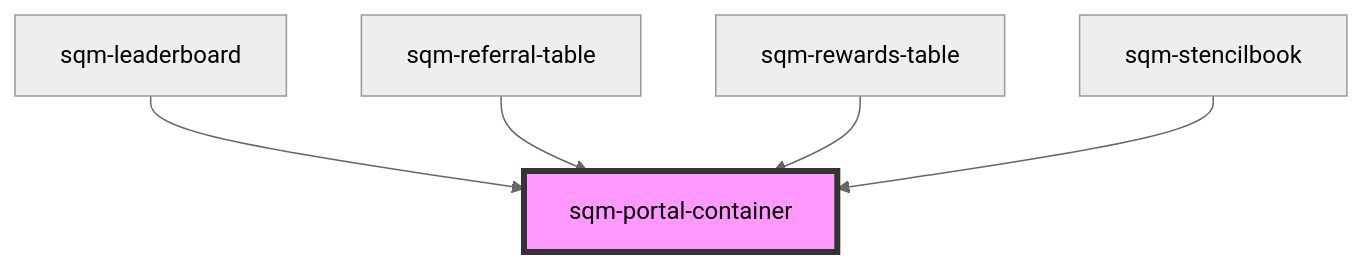
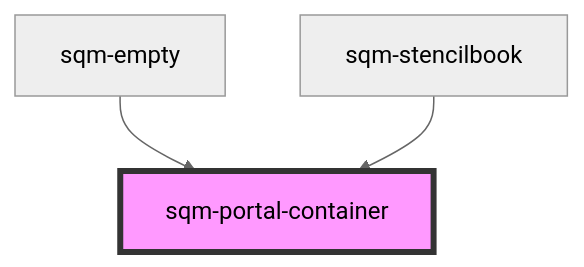
Before and after one commit to saasquatch/program-tools: the diagram in packages/mint-components/src/components/sqm-portal-container/readme.md, drawn with Mermaid (neutral theme). The commit also changed other lines of this file and 33 other files, not shown here.

````diff
--- a/packages/mint-components/src/components/sqm-portal-container/readme.md
+++ b/packages/mint-components/src/components/sqm-portal-container/readme.md
@@ -31,8 +29,6 @@
 ```mermaid
 graph TD;
-  sqm-leaderboard --> sqm-portal-container
-  sqm-referral-table --> sqm-portal-container
-  sqm-rewards-table --> sqm-portal-container
+  sqm-empty --> sqm-portal-container
   sqm-stencilbook --> sqm-portal-container
   style sqm-portal-container fill:#f9f,stroke:#333,stroke-width:4px
 ```
````
